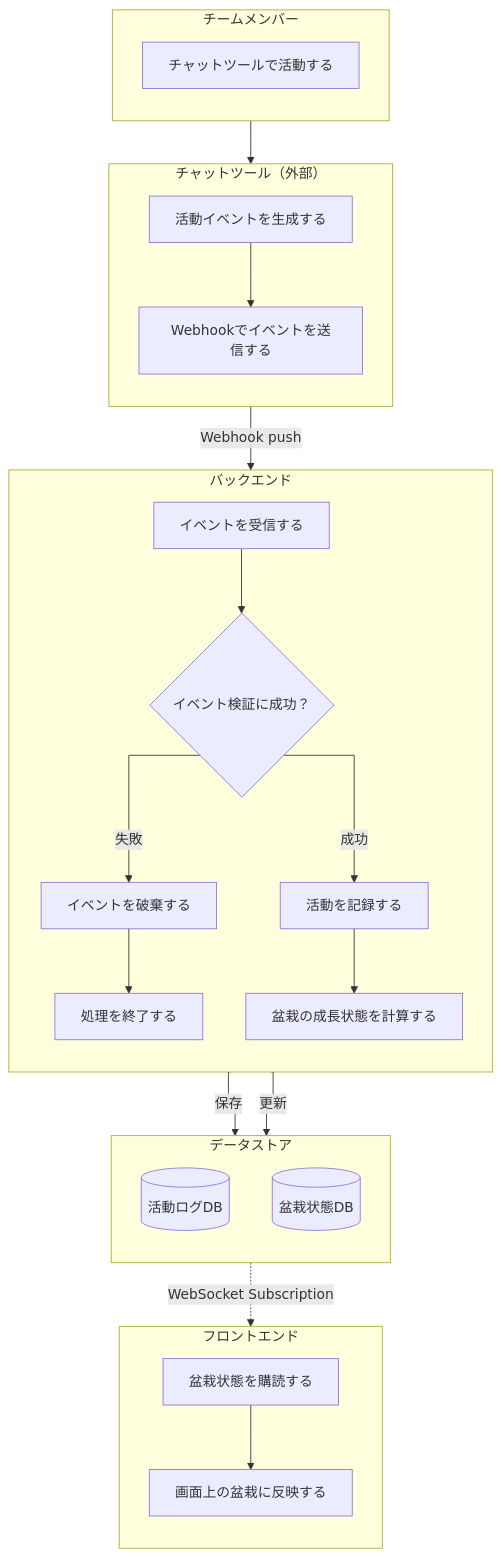
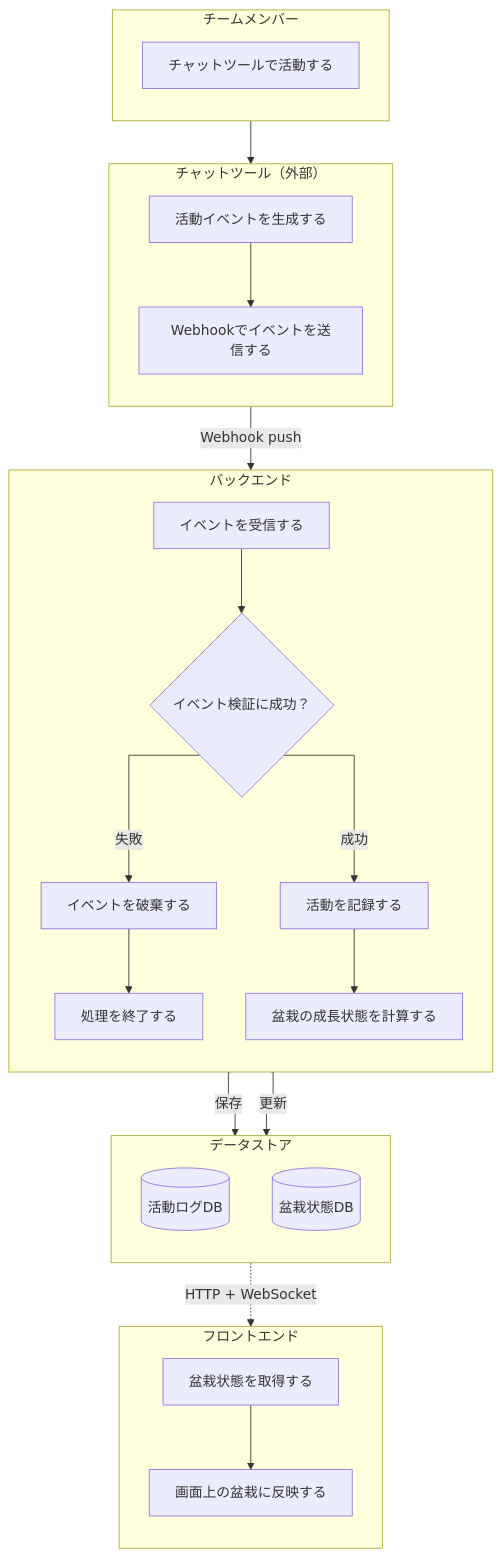
Before and after one commit to katsudon08/tamamori: the first of 2 diagrams in docs/requirement.md, drawn with Mermaid. The commit also changed other lines of this file, not shown here.

````diff
--- a/docs/requirement.md
+++ b/docs/requirement.md
@@ -25,49 +25,49 @@
 ```mermaid
 %%{init: {"flowchart": {"curve": "stepAfter"}}}%%
 flowchart TD
     subgraph Team["チームメンバー"]
         direction TB
         UserPost["チャットツールで活動する"]
     end
 
     subgraph Chat["チャットツール（外部）"]
         direction TB
         ChatEvent["活動イベントを生成する"]
         WebhookPush["Webhookでイベントを送信する"]
     end
 
     subgraph Backend["バックエンド"]
         direction TB
         Receive["イベントを受信する"]
         Validate{"イベント検証に成功？"}
         Reject["イベントを破棄する"]
         Finish["処理を終了する"]
         Record["活動を記録する"]
         Growth["盆栽の成長状態を計算する"]
     end
 
     subgraph Store["データストア"]
         direction TB
         ActivityDb[("活動ログDB")]
         BonsaiDb[("盆栽状態DB")]
     end
 
     subgraph Frontend["フロントエンド"]
         direction TB
-        FetchState["盆栽状態を購読する"]
+        FetchState["盆栽状態を取得する"]
         Render["画面上の盆栽に反映する"]
     end
 
     UserPost --> ChatEvent
     ChatEvent --> WebhookPush
     WebhookPush -->|Webhook push| Receive
     Receive --> Validate
     Validate -->|失敗| Reject
     Reject --> Finish
     Validate -->|成功| Record
     Record --> Growth
     Record -->|保存| ActivityDb
     Growth -->|更新| BonsaiDb
-    BonsaiDb -.->|WebSocket Subscription| FetchState
+    BonsaiDb -.->|HTTP + WebSocket| FetchState
     FetchState --> Render
 ```
````
